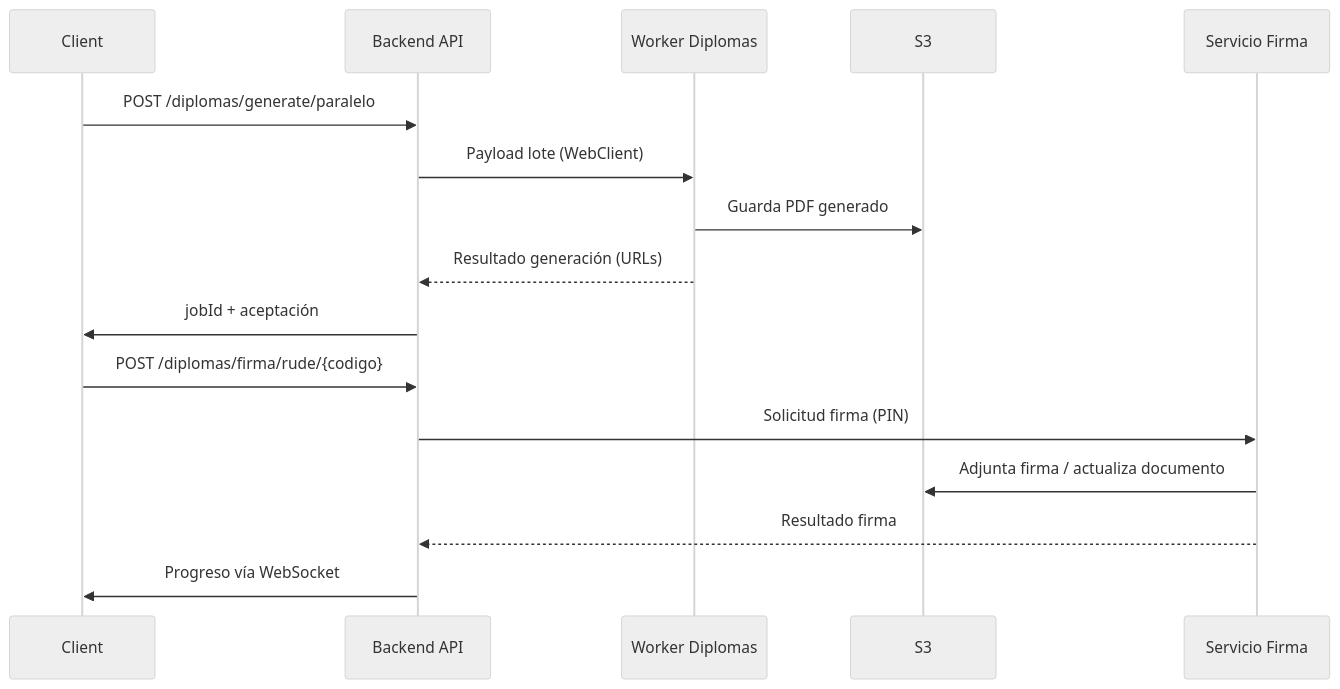
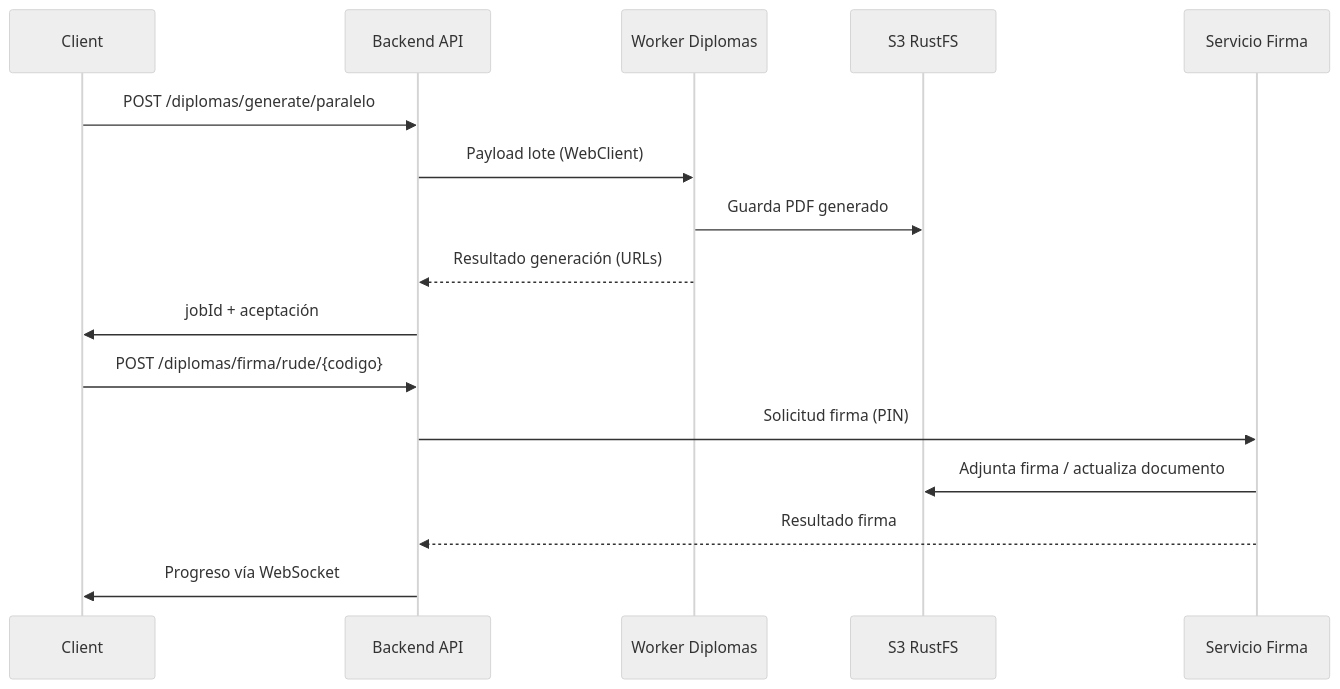
Before and after one commit to ruchva/ruben-chiara-portfolio-blog: the second of 4 diagrams in public/case-studies/diplomas.md, drawn with Mermaid (neutral theme). The commit also changed other lines of this file, not shown here.

````diff
--- a/public/case-studies/diplomas.md
+++ b/public/case-studies/diplomas.md
@@ -347,19 +164,19 @@
 ```mermaid
 sequenceDiagram
    participant Client
    participant API as Backend API
    participant Worker as Worker Diplomas
-   participant Storage as S3
+   participant Storage as S3 RustFS
    participant Firma as Servicio Firma
 
    Client->>API: POST /diplomas/generate/paralelo
    API->>Worker: Payload lote (WebClient)
    Worker->>Storage: Guarda PDF generado
    Worker-->>API: Resultado generación (URLs)
    API->>Client: jobId + aceptación
    Client->>API: POST /diplomas/firma/rude/{codigo}
    API->>Firma: Solicitud firma (PIN)
    Firma->>Storage: Adjunta firma / actualiza documento
    Firma-->>API: Resultado firma
    API->>Client: Progreso vía WebSocket
 ```
````
